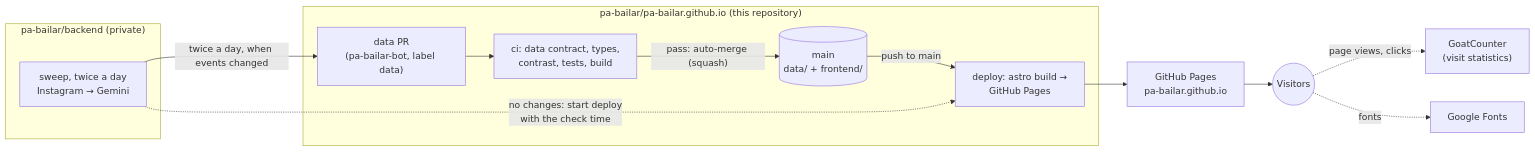
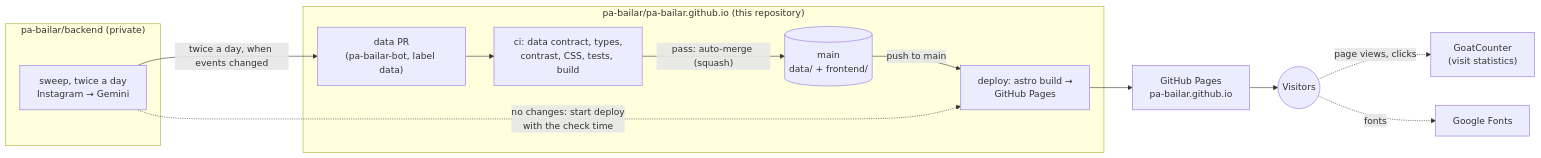
Before and after one commit to pa-bailar/pa-bailar.github.io: the first of 9 diagrams in docs/ARCHITECTURE.md, drawn with Mermaid. The commit also changed other lines of this file and 2 other files, not shown here.

First line of the commit message:
docs: list the CSS properties check everywhere ci is described (#78)

````diff
--- a/docs/ARCHITECTURE.md
+++ b/docs/ARCHITECTURE.md
@@ -38,25 +38,25 @@
 ```mermaid
 flowchart LR
     subgraph Backend["pa-bailar/backend (private)"]
         SW["sweep, twice a day<br/>Instagram → Gemini"]
     end
 
     subgraph Repo["pa-bailar/pa-bailar.github.io (this repository)"]
         PR["data PR<br/>(pa-bailar-bot, label data)"]
-        CI["ci: data contract, types,<br/>contrast, tests, build"]
+        CI["ci: data contract, types,<br/>contrast, CSS, tests, build"]
         MAIN[("main<br/>data/ + frontend/")]
         DEP["deploy: astro build →<br/>GitHub Pages"]
     end
 
     PAGES["GitHub Pages<br/>pa-bailar.github.io"]
     VIS(("Visitors"))
     GC["GoatCounter<br/>(visit statistics)"]
     GF["Google Fonts"]
 
     SW -- "twice a day, when events changed" --> PR
     PR --> CI -- "pass: auto-merge (squash)" --> MAIN
     MAIN -- "push to main" --> DEP --> PAGES --> VIS
     SW -. "no changes: start deploy<br/>with the check time" .-> DEP
     VIS -. "page views, clicks" .-> GC
     VIS -. "fonts" .-> GF
 ```
````
